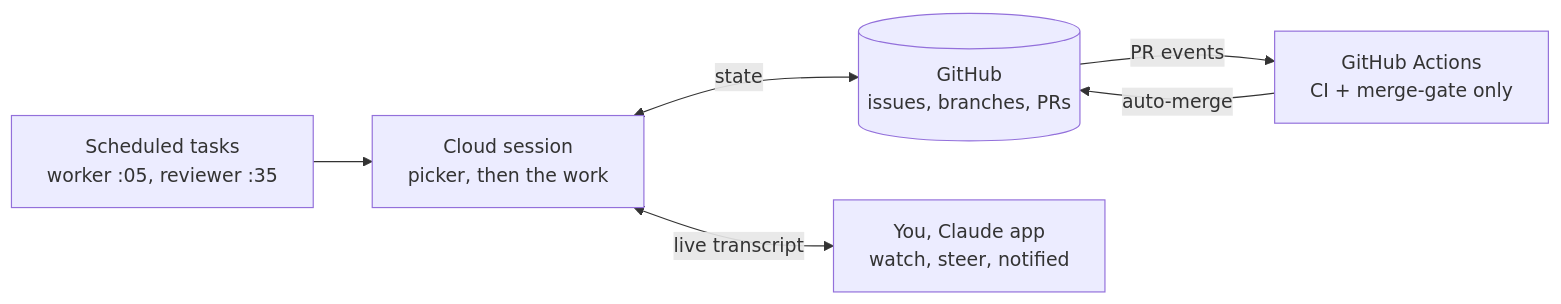
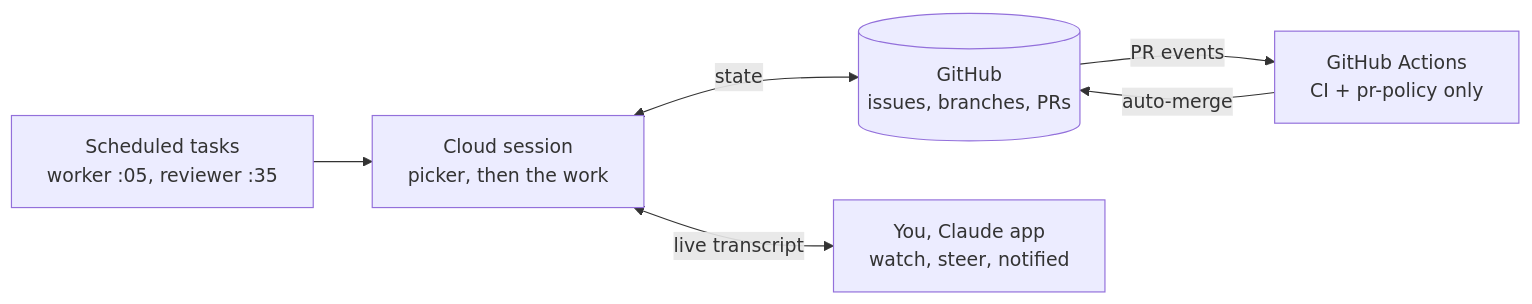
Before and after one commit to nhatsinh92/shop-api: the second of 2 diagrams in docs/handoff/shop-build-plan.md, drawn with Mermaid. The commit also changed other lines of this file and 12 other files, not shown here.

First line of the commit message:
ci: remove the merge-gate approval check

````diff
--- a/docs/handoff/shop-build-plan.md
+++ b/docs/handoff/shop-build-plan.md
@@ -88,8 +88,8 @@
 ```mermaid
 flowchart LR
   T[Scheduled tasks<br/>worker :05, reviewer :35] --> S[Cloud session<br/>picker, then the work]
   S <-- state --> GH[(GitHub<br/>issues, branches, PRs)]
   S <-- live transcript --> U[You, Claude app<br/>watch, steer, notified]
-  GH -- PR events --> A[GitHub Actions<br/>CI + merge-gate only]
+  GH -- PR events --> A[GitHub Actions<br/>CI + pr-policy only]
   A -- auto-merge --> GH
 ```
````
